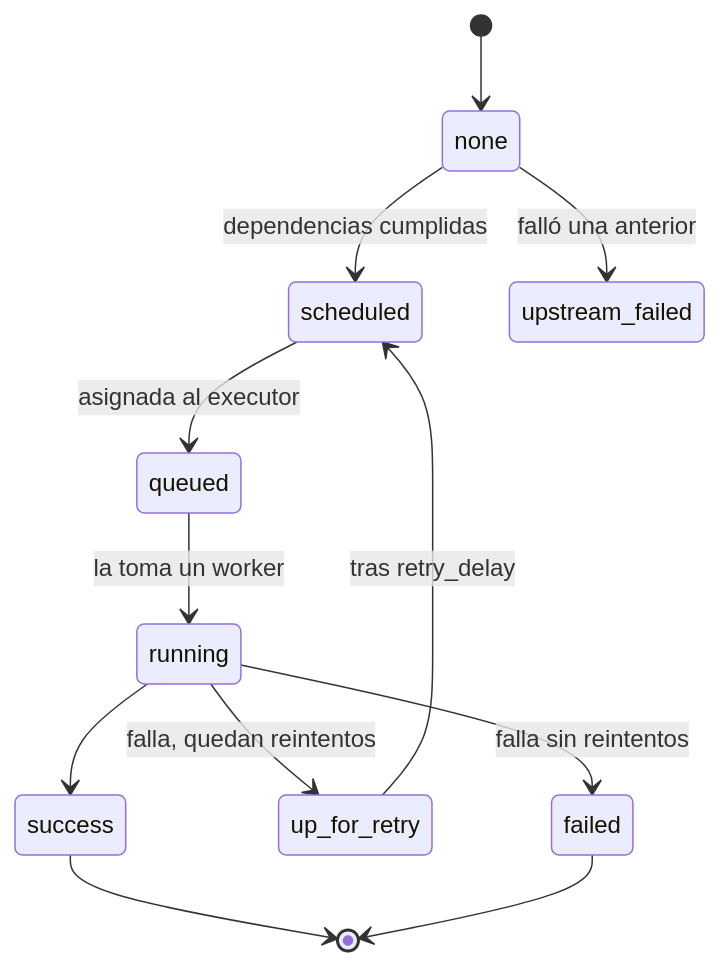
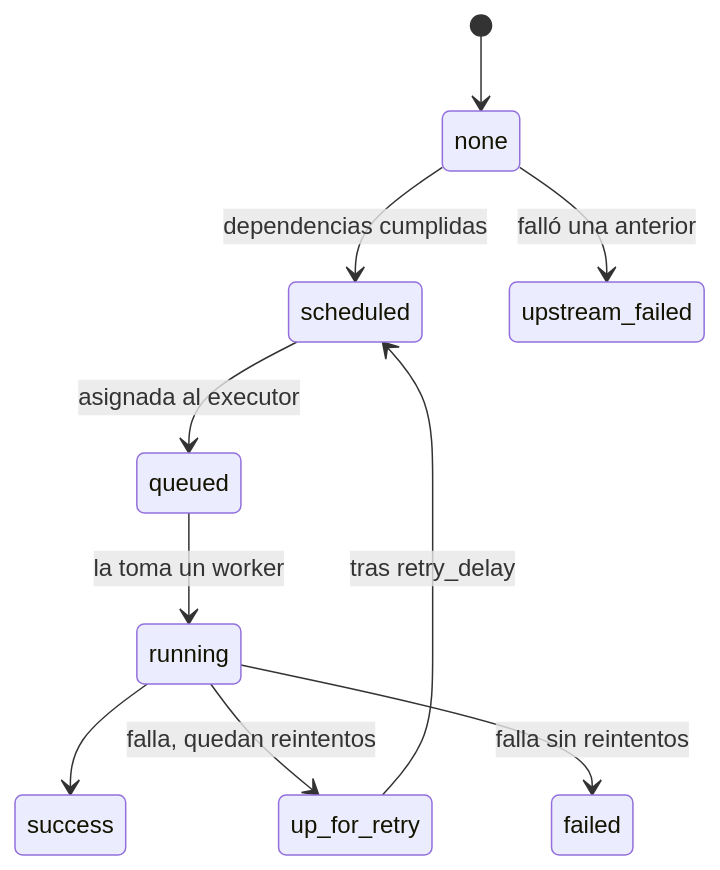
The diagram in content/concepts/orchestration-task.md (fcp4891/de-knowledge-hub), drawn with Mermaid before and after one commit. The commit also changed other lines of this file and 20 other files, not shown here.

First line of the commit message:
§9 con el estándar de diagramas: 21 diagramas sobre 8 nodos o 10 aristas, rehechos

````diff
--- a/content/concepts/orchestration-task.md
+++ b/content/concepts/orchestration-task.md
@@ -148,14 +148,12 @@
 ```mermaid
 stateDiagram-v2
   [*] --> none
   none --> scheduled: dependencias cumplidas
   scheduled --> queued: asignada al executor
   queued --> running: la toma un worker
   running --> success
   running --> up_for_retry: falla, quedan reintentos
   up_for_retry --> scheduled: tras retry_delay
   running --> failed: falla sin reintentos
   none --> upstream_failed: falló una anterior
-  success --> [*]
-  failed --> [*]
 ```
````
